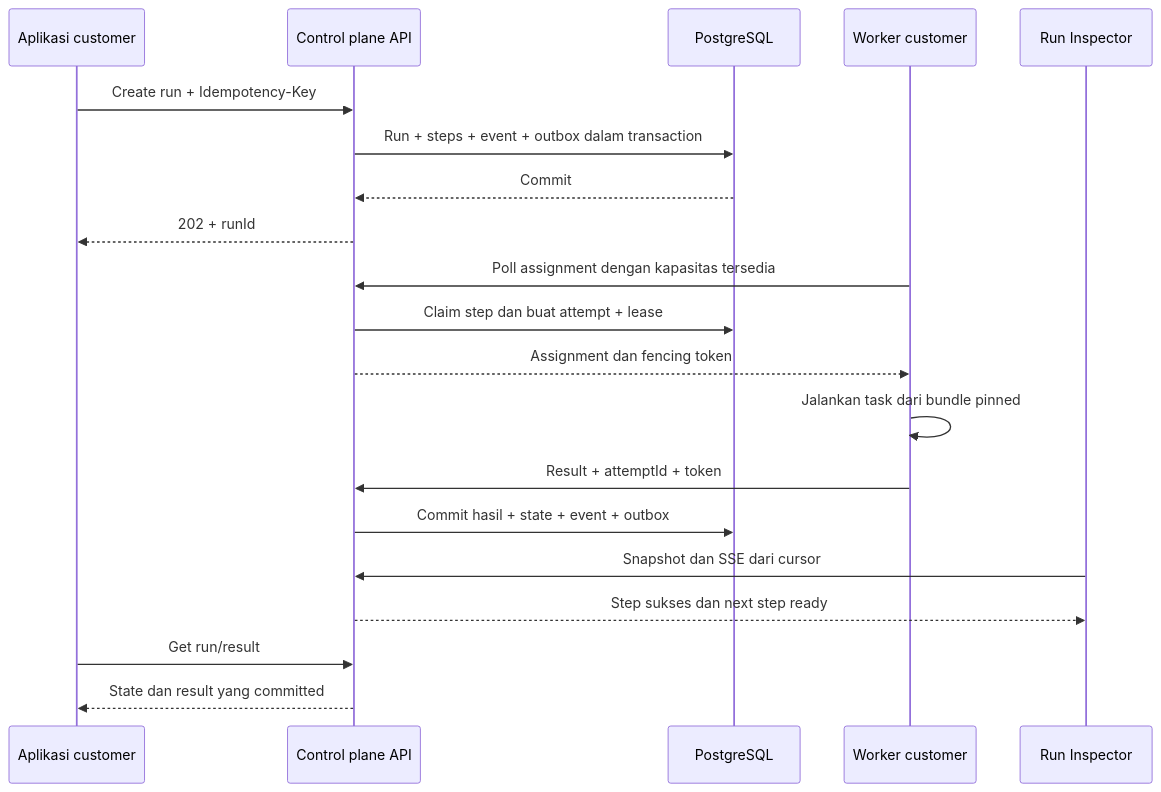
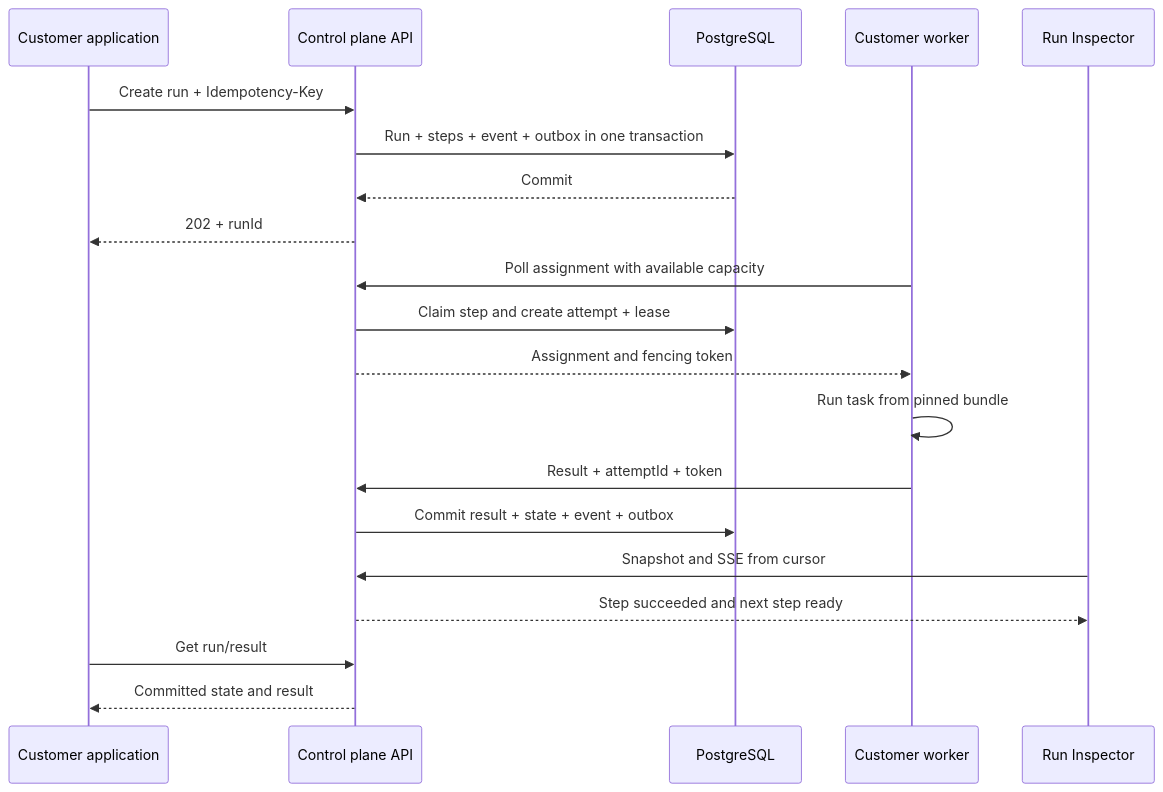
One commit to Ryanakml/Deadbolt changed the first of 10 diagrams in raw_idea_plan.md. Above: the diagram before and after it, drawn with Mermaid. The commit also changed other lines of this file and 1 other file, not shown here.

````diff
--- a/raw_idea_plan.md
+++ b/raw_idea_plan.md
@@ -120,22 +120,22 @@
 ```mermaid
 sequenceDiagram
-    participant App as Aplikasi customer
+    participant App as Customer application
     participant API as Control plane API
     participant DB as PostgreSQL
-    participant W as Worker customer
+    participant W as Customer worker
     participant UI as Run Inspector
     App->>API: Create run + Idempotency-Key
-    API->>DB: Run + steps + event + outbox dalam transaction
+    API->>DB: Run + steps + event + outbox in one transaction
     DB-->>API: Commit
     API-->>App: 202 + runId
-    W->>API: Poll assignment dengan kapasitas tersedia
-    API->>DB: Claim step dan buat attempt + lease
-    API-->>W: Assignment dan fencing token
-    W->>W: Jalankan task dari bundle pinned
+    W->>API: Poll assignment with available capacity
+    API->>DB: Claim step and create attempt + lease
+    API-->>W: Assignment and fencing token
+    W->>W: Run task from pinned bundle
     W->>API: Result + attemptId + token
-    API->>DB: Commit hasil + state + event + outbox
-    UI->>API: Snapshot dan SSE dari cursor
-    API-->>UI: Step sukses dan next step ready
+    API->>DB: Commit result + state + event + outbox
+    UI->>API: Snapshot and SSE from cursor
+    API-->>UI: Step succeeded and next step ready
     App->>API: Get run/result
-    API-->>App: State dan result yang committed
+    API-->>App: Committed state and result
 ```
````
